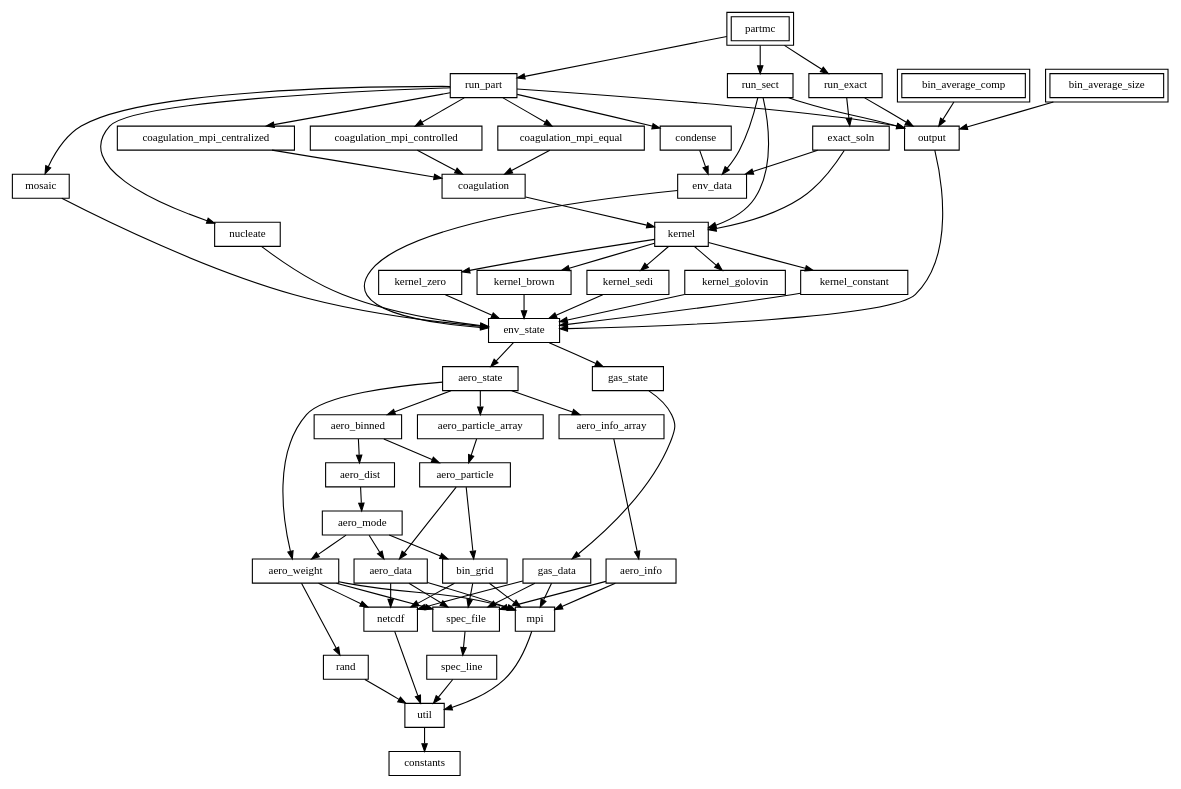
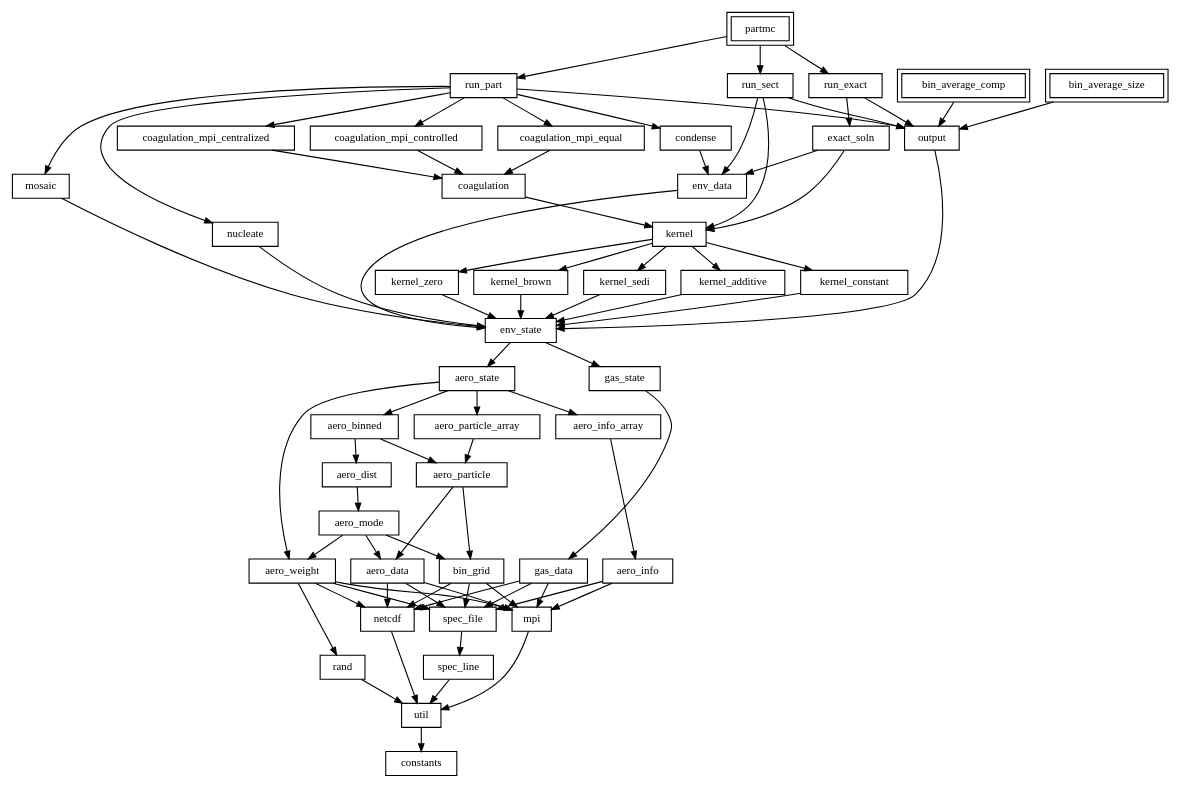
One commit to compdyn/partmc changed the diagram in doc/partmc_modules.gv. Above: the diagram before and after it, drawn with Graphviz. The commit also changed 39 other files, not shown here.

Commit message:
rename 'golovin' -> 'additive'

```diff
--- a/doc/partmc_modules.gv
+++ b/doc/partmc_modules.gv
@@ -1,125 +1,125 @@
 digraph partmc_modules {
     rankdir = TB;
     node [fontsize = 10, height = 0.3, width = 0.5];
     graph [nodesep = 0.2, ranksep = 0.3];
     edge [arrowsize = 0.7];
     node [shape = box, peripheries = 1, href = "\ref coagulation_mpi_controlled.f90"] coagulation_mpi_controlled
     node [shape = box, peripheries = 1, href = "\ref aero_weight.f90"] aero_weight
     node [shape = box, peripheries = 1, href = "\ref coagulation_mpi_equal.f90"] coagulation_mpi_equal
     node [shape = box, peripheries = 1, href = "\ref kernel.f90"] kernel
     node [shape = box, peripheries = 1, href = "\ref netcdf.f90"] netcdf
     node [shape = box, peripheries = 1, href = "\ref nucleate.f90"] nucleate
     node [shape = box, peripheries = 1, href = "\ref bin_grid.f90"] bin_grid
     node [shape = box, peripheries = 1, href = "\ref aero_dist.f90"] aero_dist
     node [shape = box, peripheries = 1, href = "\ref aero_binned.f90"] aero_binned
     node [shape = box, peripheries = 1, href = "\ref exact_soln.f90"] exact_soln
     node [shape = box, peripheries = 1, href = "\ref kernel_constant.f90"] kernel_constant
     node [shape = box, peripheries = 1, href = "\ref kernel_zero.f90"] kernel_zero
     node [shape = box, peripheries = 1, href = "\ref kernel_brown.f90"] kernel_brown
     node [shape = box, peripheries = 1, href = "\ref spec_line.f90"] spec_line
     node [shape = box, peripheries = 1, href = "\ref kernel_sedi.f90"] kernel_sedi
     node [shape = box, peripheries = 1, href = "\ref run_sect.f90"] run_sect
     node [shape = box, peripheries = 1, href = "\ref spec_file.f90"] spec_file
     node [shape = box, peripheries = 1, href = "\ref condense.f90"] condense
     node [shape = box, peripheries = 2, href = "\ref partmc.f90"] partmc
-    node [shape = box, peripheries = 1, href = "\ref kernel_golovin.f90"] kernel_golovin
     node [shape = box, peripheries = 2, href = "\ref bin_average_comp.f90"] bin_average_comp
     node [shape = box, peripheries = 1, href = "\ref mosaic.f90"] mosaic
     node [shape = box, peripheries = 1, href = "\ref rand.f90"] rand
     node [shape = box, peripheries = 1, href = "\ref env_state.f90"] env_state
     node [shape = box, peripheries = 1, href = "\ref gas_state.f90"] gas_state
     node [shape = box, peripheries = 1, href = "\ref coagulation_mpi_centralized.f90"] coagulation_mpi_centralized
     node [shape = box, peripheries = 1, href = "\ref aero_state.f90"] aero_state
     node [shape = box, peripheries = 1, href = "\ref aero_particle.f90"] aero_particle
     node [shape = box, peripheries = 1, href = "\ref mpi.f90"] mpi
     node [shape = box, peripheries = 1, href = "\ref aero_info_array.f90"] aero_info_array
     node [shape = box, peripheries = 1, href = "\ref env_data.f90"] env_data
+    node [shape = box, peripheries = 1, href = "\ref kernel_additive.f90"] kernel_additive
     node [shape = box, peripheries = 1, href = "\ref aero_mode.f90"] aero_mode
     node [shape = box, peripheries = 1, href = "\ref gas_data.f90"] gas_data
     node [shape = box, peripheries = 1, href = "\ref aero_data.f90"] aero_data
     node [shape = box, peripheries = 1, href = "\ref constants.f90"] constants
     node [shape = box, peripheries = 2, href = "\ref bin_average_size.f90"] bin_average_size
     node [shape = box, peripheries = 1, href = "\ref run_part.f90"] run_part
     node [shape = box, peripheries = 1, href = "\ref util.f90"] util
     node [shape = box, peripheries = 1, href = "\ref aero_particle_array.f90"] aero_particle_array
     node [shape = box, peripheries = 1, href = "\ref coagulation.f90"] coagulation
     node [shape = box, peripheries = 1, href = "\ref output.f90"] output
     node [shape = box, peripheries = 1, href = "\ref run_exact.f90"] run_exact
     node [shape = box, peripheries = 1, href = "\ref aero_info.f90"] aero_info
     coagulation_mpi_controlled -> coagulation
     aero_weight -> rand
     aero_weight -> spec_file
     aero_weight -> mpi
     aero_weight -> netcdf
     coagulation_mpi_equal -> coagulation
     kernel -> kernel_brown
     kernel -> kernel_sedi
-    kernel -> kernel_golovin
+    kernel -> kernel_additive
     kernel -> kernel_constant
     kernel -> kernel_zero
     netcdf -> util
     nucleate -> env_state
     bin_grid -> netcdf
     bin_grid -> spec_file
     bin_grid -> mpi
     aero_dist -> aero_mode
     aero_binned -> aero_particle
     aero_binned -> aero_dist
     exact_soln -> kernel
     exact_soln -> env_data
     kernel_constant -> env_state
     kernel_zero -> env_state
     kernel_brown -> env_state
     spec_line -> util
     kernel_sedi -> env_state
     run_sect -> kernel
     run_sect -> env_data
     run_sect -> output
     spec_file -> spec_line
     condense -> env_data
     partmc -> run_exact
     partmc -> run_part
     partmc -> run_sect
-    kernel_golovin -> env_state
     bin_average_comp -> output
     mosaic -> env_state
     rand -> util
     env_state -> gas_state
     env_state -> aero_state
     gas_state -> gas_data
     coagulation_mpi_centralized -> coagulation
     aero_state -> aero_weight
     aero_state -> aero_info_array
     aero_state -> aero_particle_array
     aero_state -> aero_binned
     aero_particle -> bin_grid
     aero_particle -> aero_data
     mpi -> util
     aero_info_array -> aero_info
     env_data -> env_state
+    kernel_additive -> env_state
     aero_mode -> aero_weight
     aero_mode -> bin_grid
     aero_mode -> aero_data
     gas_data -> mpi
     gas_data -> netcdf
     gas_data -> spec_file
     aero_data -> mpi
     aero_data -> netcdf
     aero_data -> spec_file
     bin_average_size -> output
     run_part -> coagulation_mpi_controlled
     run_part -> coagulation_mpi_equal
     run_part -> coagulation_mpi_centralized
     run_part -> nucleate
     run_part -> mosaic
     run_part -> condense
     run_part -> output
     util -> constants
     aero_particle_array -> aero_particle
     coagulation -> kernel
     output -> env_state
     run_exact -> output
     run_exact -> exact_soln
     aero_info -> mpi
     aero_info -> spec_file
 }
```
